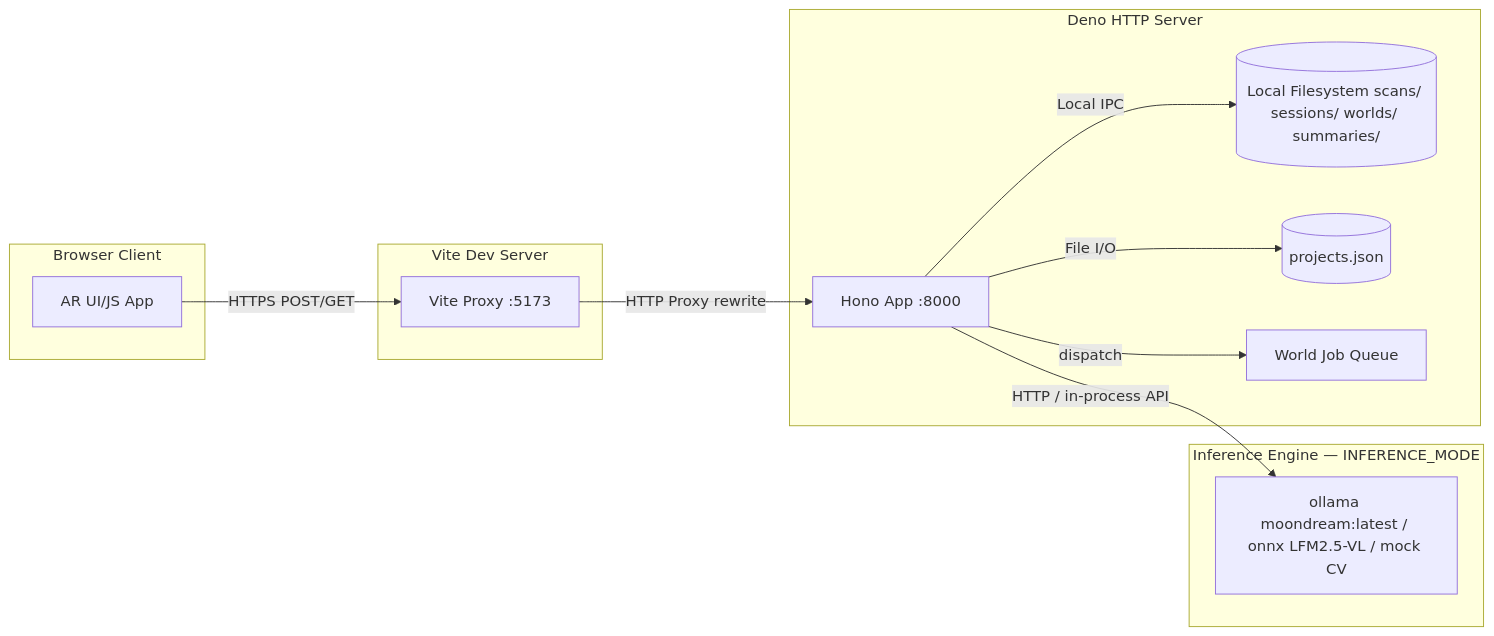
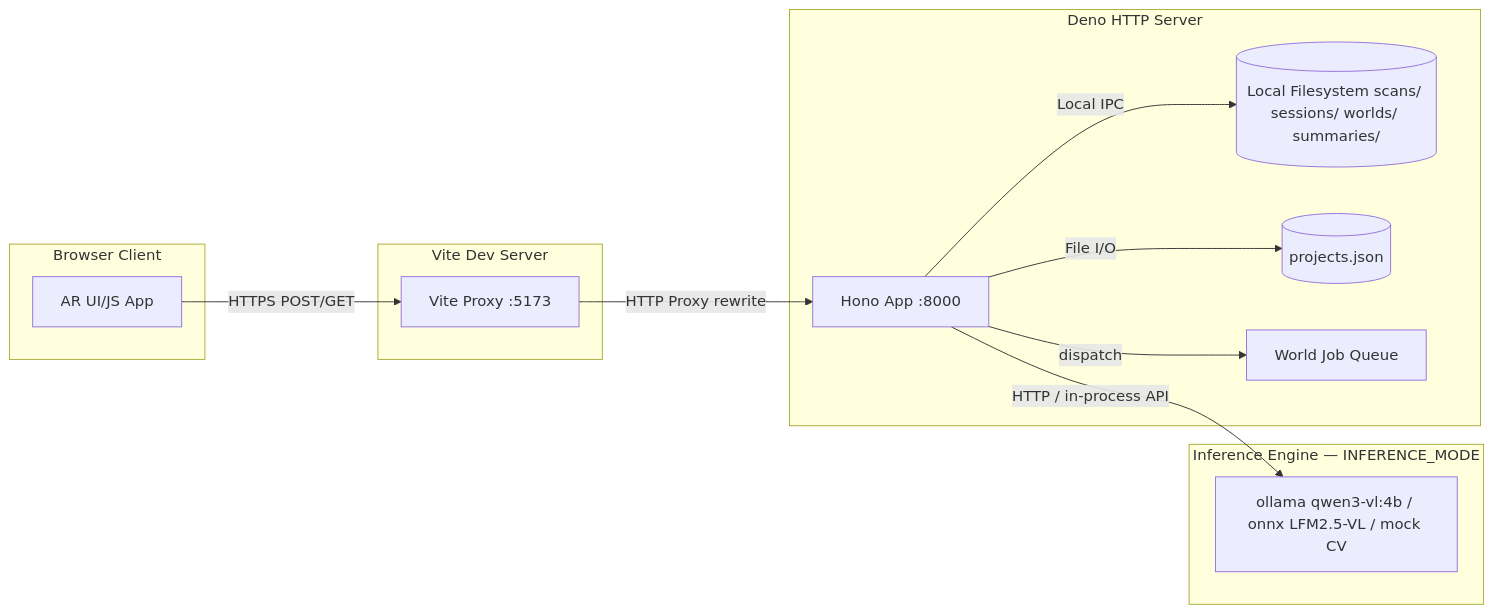
Before and after one commit to companionintelligence/CI-Spatial: the fourth of 5 diagrams in architecture.md, drawn with Mermaid. The commit also changed other lines of this file and 6 other files, not shown here.

````diff
--- a/architecture.md
+++ b/architecture.md
@@ -272,28 +272,28 @@
 ```mermaid
 graph LR
     subgraph client ["Browser Client"]
         UI[AR UI/JS App]
     end
 
     subgraph vite ["Vite Dev Server"]
         Vite[Vite Proxy :5173]
     end
 
     subgraph deno ["Deno HTTP Server"]
         Deno[Hono App :8000]
         Storage[(Local Filesystem scans/ sessions/ worlds/ summaries/)]
         DB[(projects.json)]
         JobQ[World Job Queue]
     end
 
     subgraph engine ["Inference Engine — INFERENCE_MODE"]
-        Infer[ollama moondream:latest / onnx LFM2.5-VL / mock CV]
+        Infer[ollama qwen3-vl:4b / onnx LFM2.5-VL / mock CV]
     end
 
     UI -- HTTPS POST/GET --> Vite
     Vite -- HTTP Proxy rewrite --> Deno
     Deno -- Local IPC --> Storage
     Deno -- File I/O --> DB
     Deno -- dispatch --> JobQ
     Deno -- HTTP / in-process API --> Infer
 ```
````
